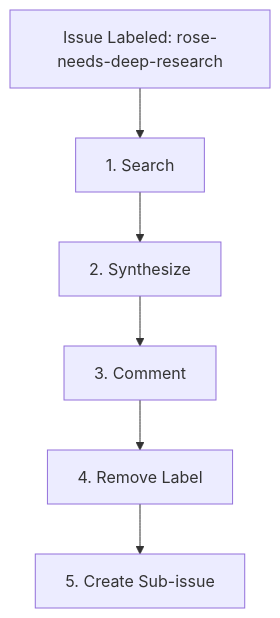
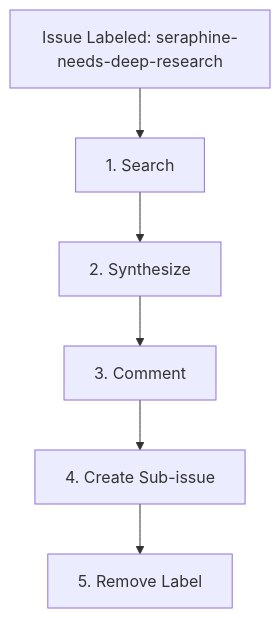
The diagram in .agent/workflows/seraphine-needs-deep-research.md (brotherlogic/rose), drawn with Mermaid before and after one commit. The commit also changed other lines of this file and 6 other files, not shown here.

````diff
--- a/.agent/workflows/seraphine-needs-deep-research.md
+++ b/.agent/workflows/seraphine-needs-deep-research.md
@@ -7,8 +7,8 @@
 ```mermaid
 graph TD
-    A[Issue Labeled: rose-needs-deep-research] --> B[1. Search]
+    A[Issue Labeled: seraphine-needs-deep-research] --> B[1. Search]
     B --> C[2. Synthesize]
     C --> D[3. Comment]
-    D --> E[4. Remove Label]
-    E --> F[5. Create Sub-issue]
+    D --> E[4. Create Sub-issue]
+    E --> F[5. Remove Label]
 ```
````
